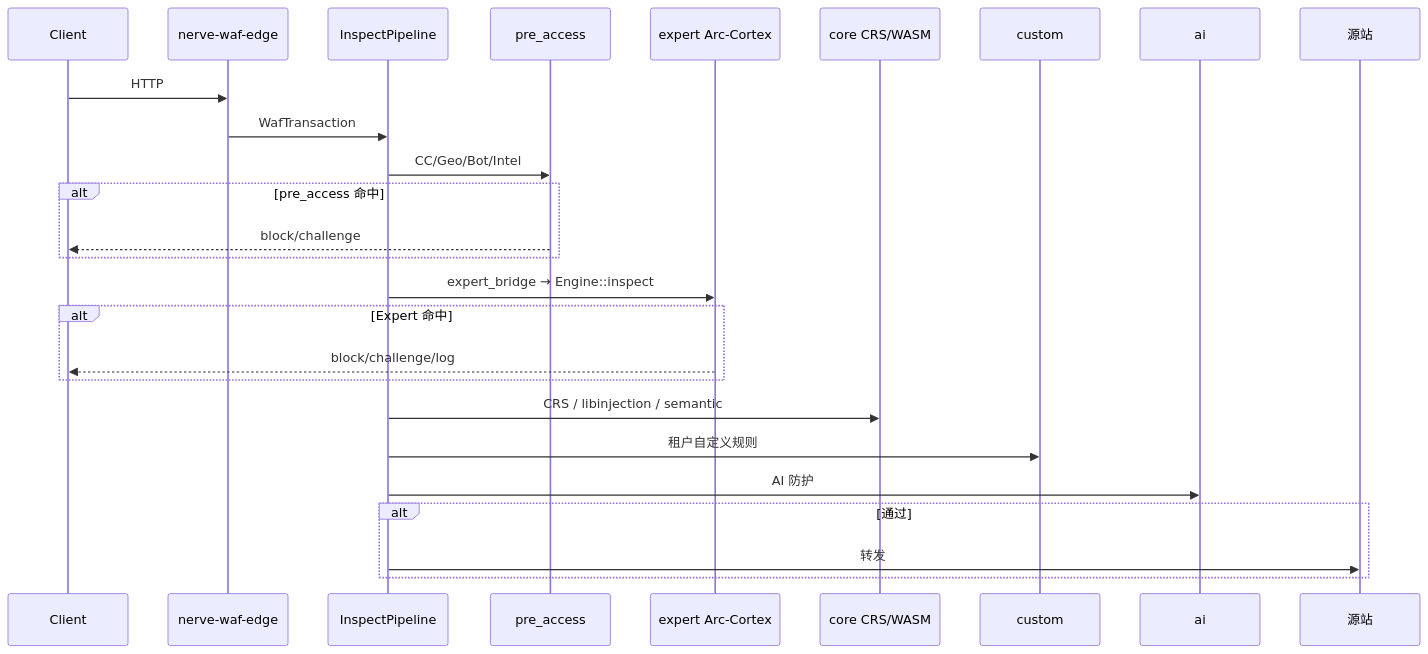
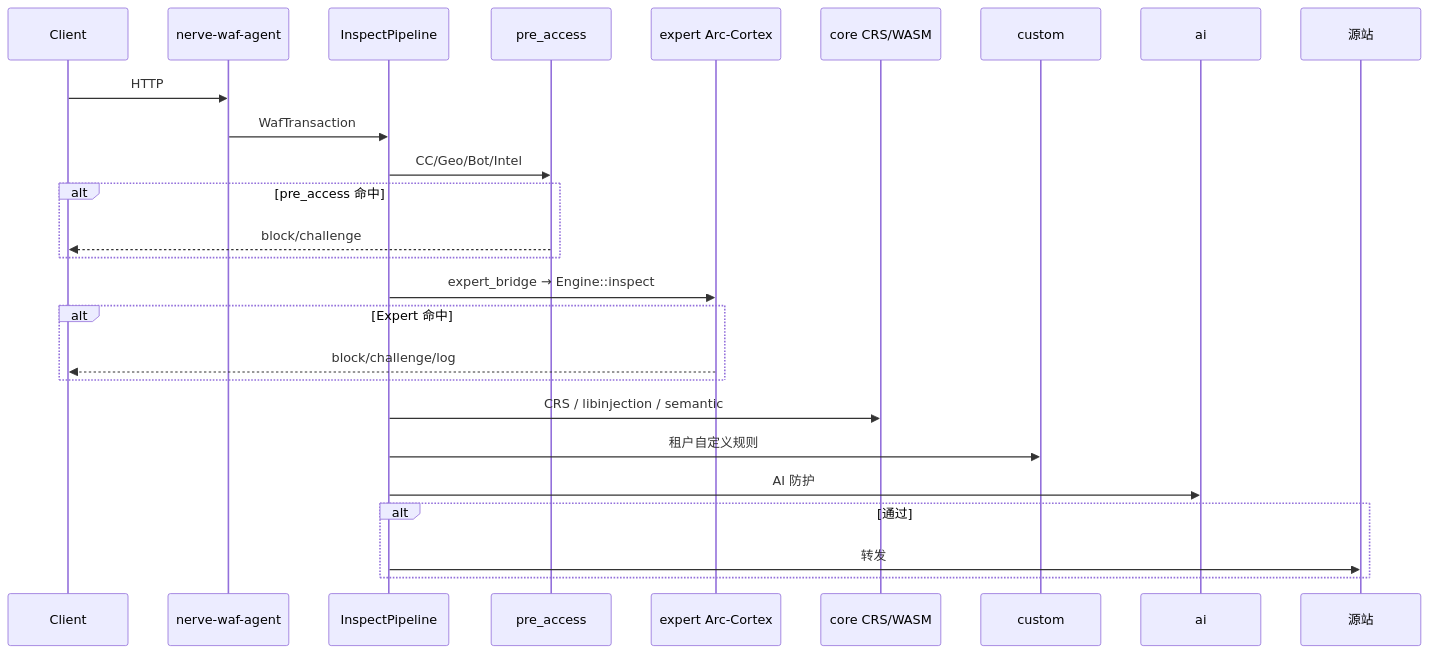
One commit to aha-iii/antibody changed the fifth of 6 diagrams in docs/SYSTEM-ARCHITECTURE-zh.md. Above: the diagram before and after it, drawn with Mermaid. The commit also changed other lines of this file and 18 other files, not shown here.

````diff
--- a/docs/SYSTEM-ARCHITECTURE-zh.md
+++ b/docs/SYSTEM-ARCHITECTURE-zh.md
@@ -262,29 +263,29 @@
 ```mermaid
 sequenceDiagram
   participant Client
-  participant Edge as nerve-waf-edge
+  participant Edge as nerve-waf-agent
   participant Pipe as InspectPipeline
   participant Pre as pre_access
   participant Exp as expert Arc-Cortex
   participant Core as core CRS/WASM
   participant Custom as custom
   participant AI as ai
   participant Up as 源站
 
   Client->>Edge: HTTP
   Edge->>Pipe: WafTransaction
   Pipe->>Pre: CC/Geo/Bot/Intel
   alt pre_access 命中
     Pre-->>Client: block/challenge
   end
   Pipe->>Exp: expert_bridge → Engine::inspect
   alt Expert 命中
     Exp-->>Client: block/challenge/log
   end
   Pipe->>Core: CRS / libinjection / semantic
   Pipe->>Custom: 租户自定义规则
   Pipe->>AI: AI 防护
   alt 通过
     Pipe->>Up: 转发
   end
 ```
````
